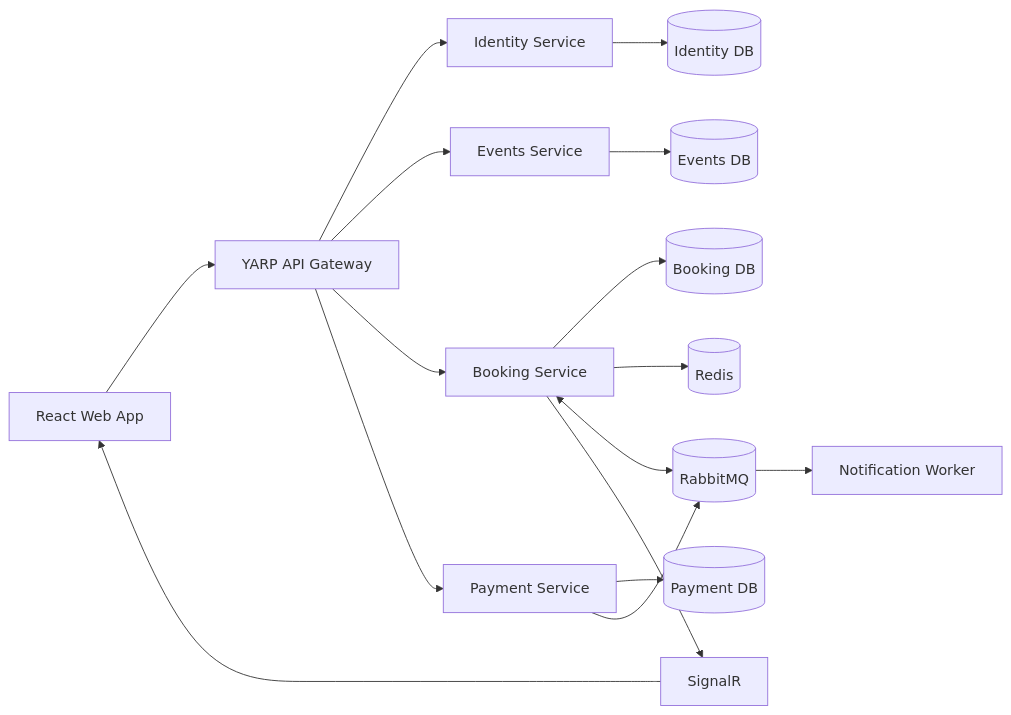
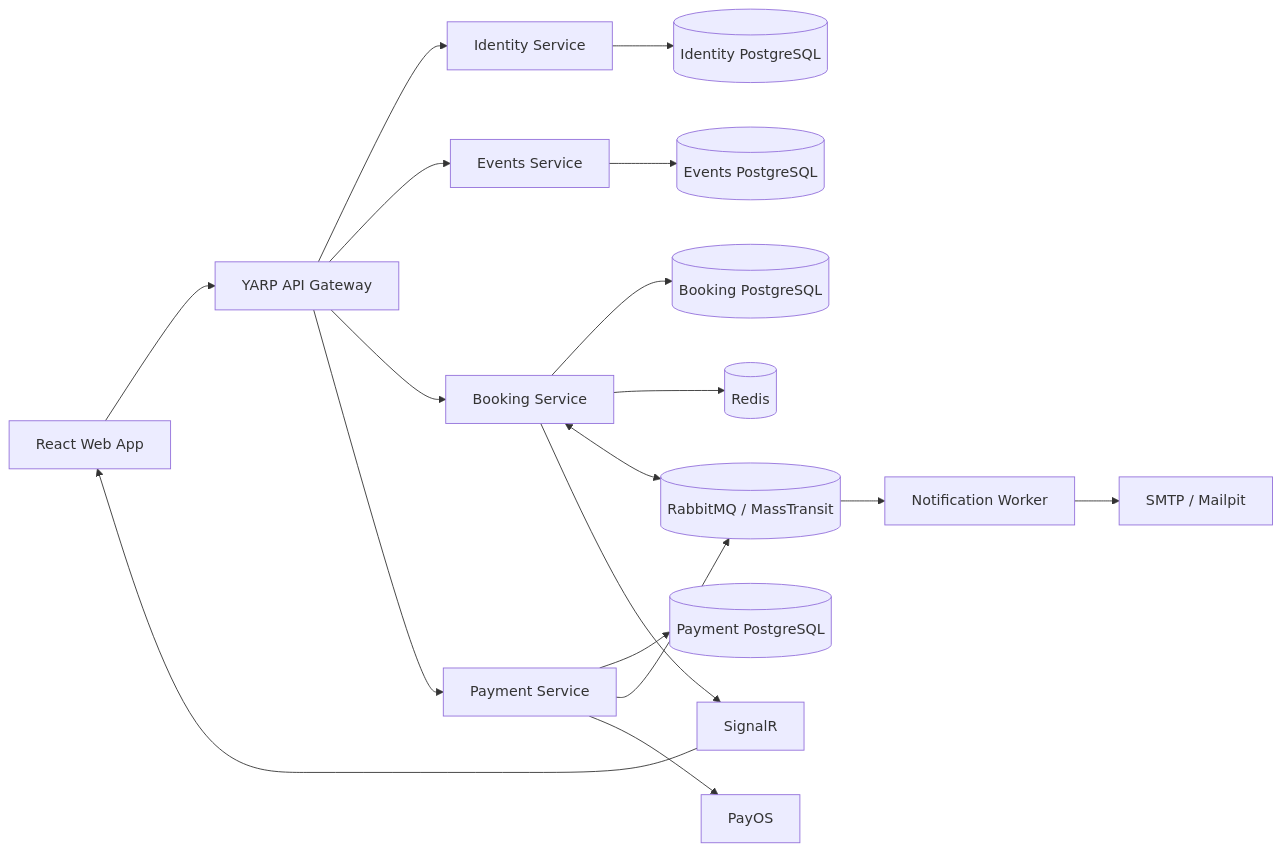
One commit to thienkhoalew/flashseat changed the diagram in README.md. Above: the diagram before and after it, drawn with Mermaid. The commit also changed other lines of this file, not shown here.

Commit message:
docs: update README for current platform flows

````diff
--- a/README.md
+++ b/README.md
@@ -9,22 +9,24 @@
 ```mermaid
 flowchart LR
     Browser[React Web App] --> Gateway[YARP API Gateway]
 
     Gateway --> Identity[Identity Service]
     Gateway --> Events[Events Service]
     Gateway --> Booking[Booking Service]
     Gateway --> Payment[Payment Service]
 
-    Identity --> IdentityDb[(Identity DB)]
-    Events --> EventsDb[(Events DB)]
-    Booking --> BookingDb[(Booking DB)]
-    Payment --> PaymentDb[(Payment DB)]
+    Identity --> IdentityDb[(Identity PostgreSQL)]
+    Events --> EventsDb[(Events PostgreSQL)]
+    Booking --> BookingDb[(Booking PostgreSQL)]
+    Payment --> PaymentDb[(Payment PostgreSQL)]
 
     Booking --> Redis[(Redis)]
-    Booking <--> RabbitMQ[(RabbitMQ)]
+    Booking <--> RabbitMQ[(RabbitMQ / MassTransit)]
     Payment --> RabbitMQ
     RabbitMQ --> Notifications[Notification Worker]
+    Notifications --> Mailpit[SMTP / Mailpit]
 
     Booking --> SignalR[SignalR]
     SignalR --> Browser
+    Payment --> PayOS[PayOS]
 ```
````
